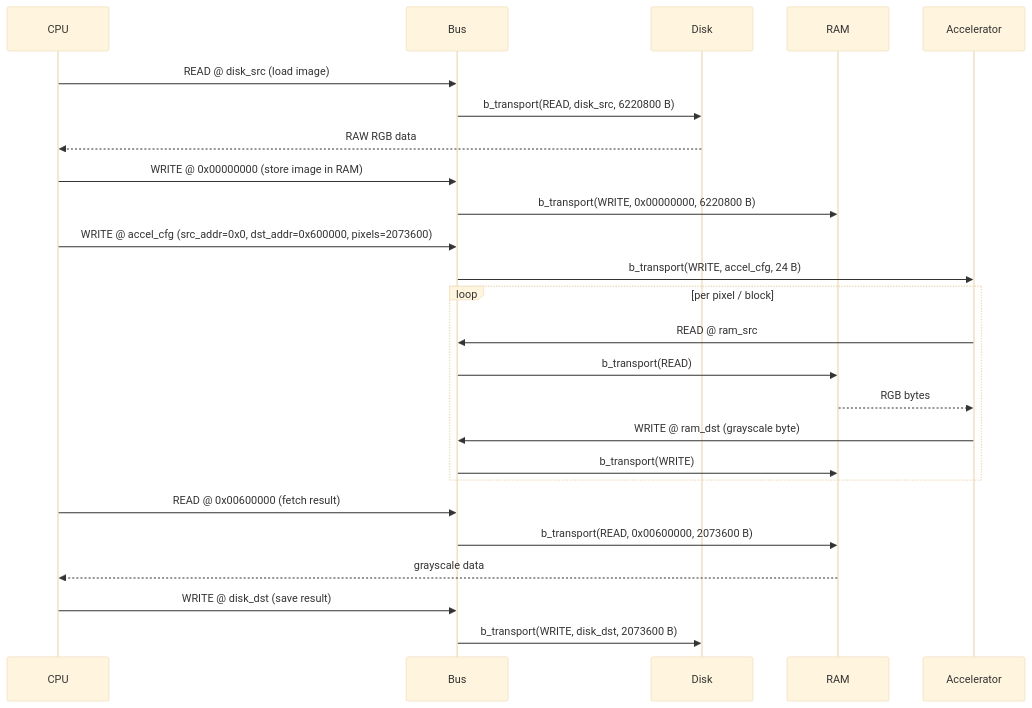
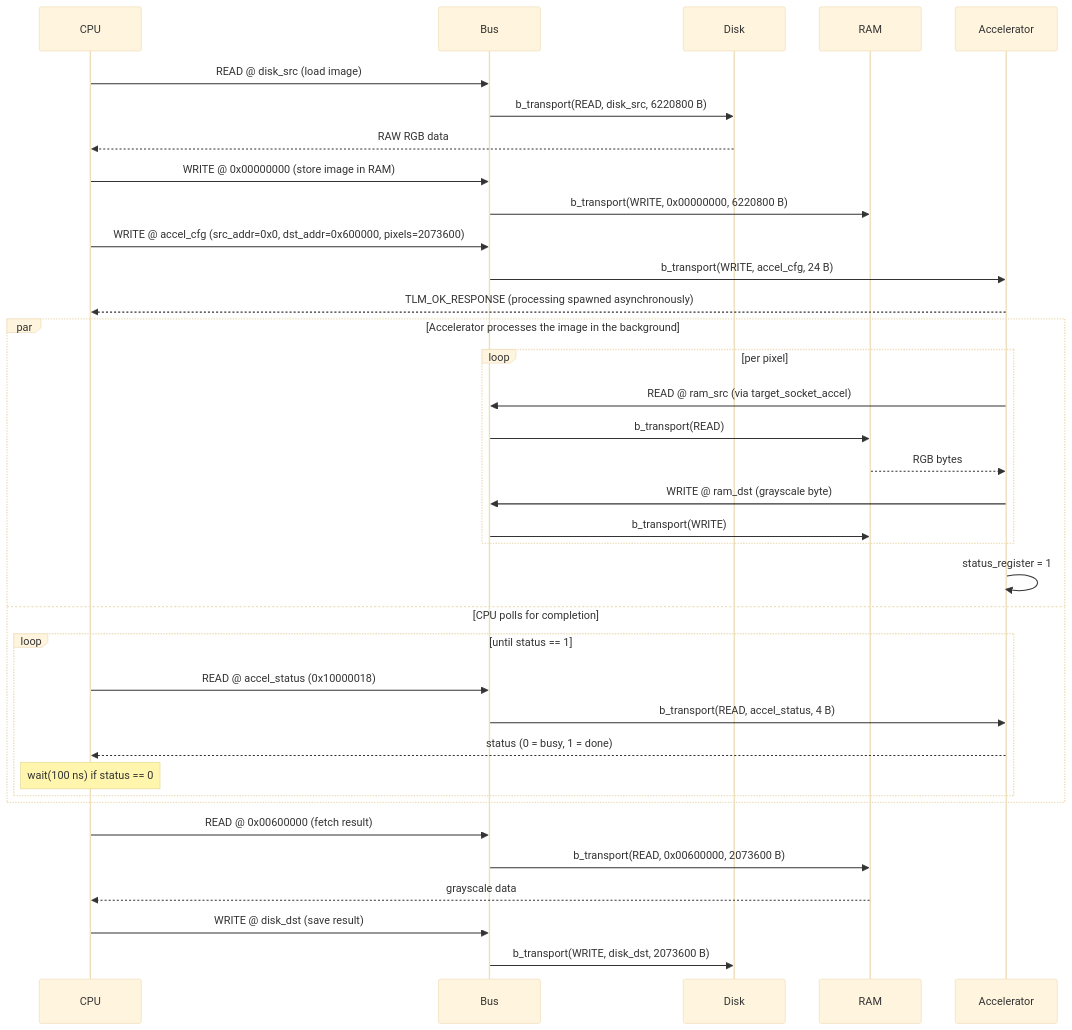
One commit to Team-Diseno-de-Alto-Nivel/mp6160-systemc-tlm-image-accelerator changed the third of 3 diagrams in README.md. Above: the diagram before and after it, drawn with Mermaid (base theme). The commit also changed other lines of this file and 2 other files, not shown here.

````diff
--- a/README.md
+++ b/README.md
@@ -228,33 +240,44 @@
 ```mermaid
 sequenceDiagram
     participant CPU
     participant Bus
     participant Disk
     participant RAM
     participant Accelerator
 
     CPU->>Bus: READ @ disk_src (load image)
     Bus->>Disk: b_transport(READ, disk_src, 6220800 B)
     Disk-->>CPU: RAW RGB data
 
     CPU->>Bus: WRITE @ 0x00000000 (store image in RAM)
     Bus->>RAM: b_transport(WRITE, 0x00000000, 6220800 B)
 
     CPU->>Bus: WRITE @ accel_cfg (src_addr=0x0, dst_addr=0x600000, pixels=2073600)
     Bus->>Accelerator: b_transport(WRITE, accel_cfg, 24 B)
+    Accelerator-->>CPU: TLM_OK_RESPONSE (processing spawned asynchronously)
 
-    loop per pixel / block
-        Accelerator->>Bus: READ @ ram_src
-        Bus->>RAM: b_transport(READ)
-        RAM-->>Accelerator: RGB bytes
-        Accelerator->>Bus: WRITE @ ram_dst (grayscale byte)
-        Bus->>RAM: b_transport(WRITE)
+    par Accelerator processes the image in the background
+        loop per pixel
+            Accelerator->>Bus: READ @ ram_src (via target_socket_accel)
+            Bus->>RAM: b_transport(READ)
+            RAM-->>Accelerator: RGB bytes
+            Accelerator->>Bus: WRITE @ ram_dst (grayscale byte)
+            Bus->>RAM: b_transport(WRITE)
+        end
+        Accelerator->>Accelerator: status_register = 1
+    and CPU polls for completion
+        loop until status == 1
+            CPU->>Bus: READ @ accel_status (0x10000018)
+            Bus->>Accelerator: b_transport(READ, accel_status, 4 B)
+            Accelerator-->>CPU: status (0 = busy, 1 = done)
+            Note over CPU: wait(100 ns) if status == 0
+        end
     end
 
     CPU->>Bus: READ @ 0x00600000 (fetch result)
     Bus->>RAM: b_transport(READ, 0x00600000, 2073600 B)
     RAM-->>CPU: grayscale data
 
     CPU->>Bus: WRITE @ disk_dst (save result)
     Bus->>Disk: b_transport(WRITE, disk_dst, 2073600 B)
 ```
````
